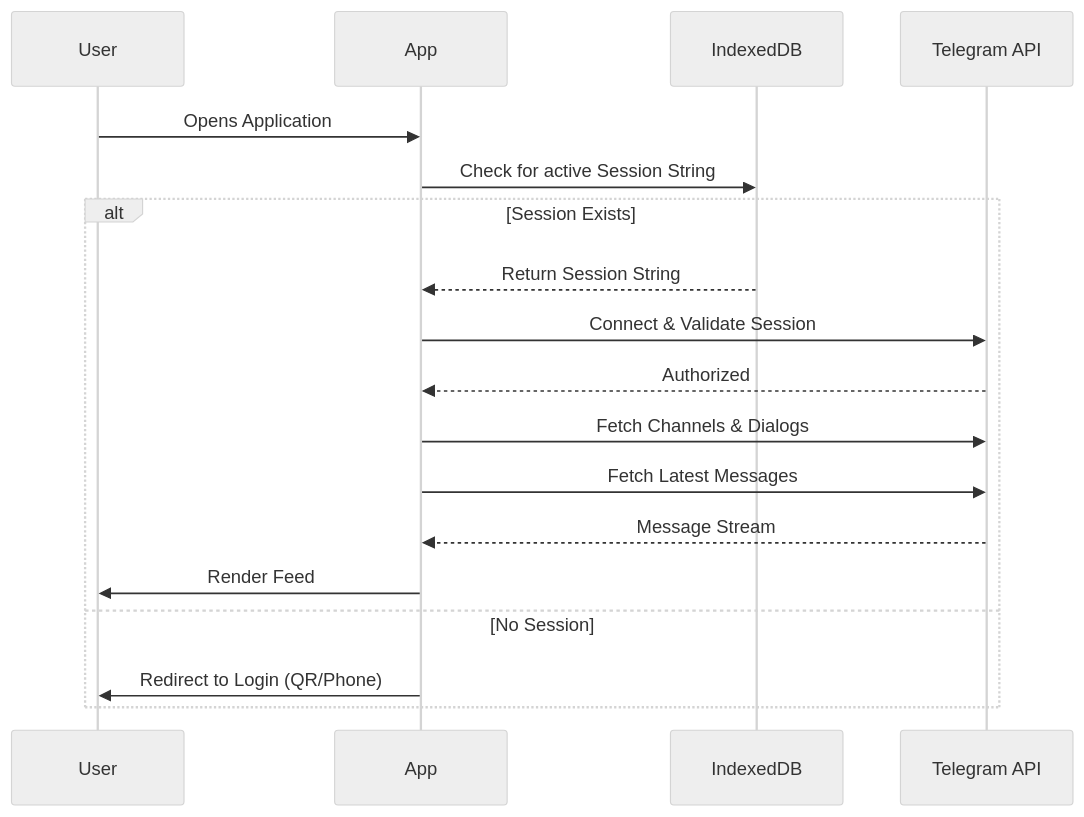
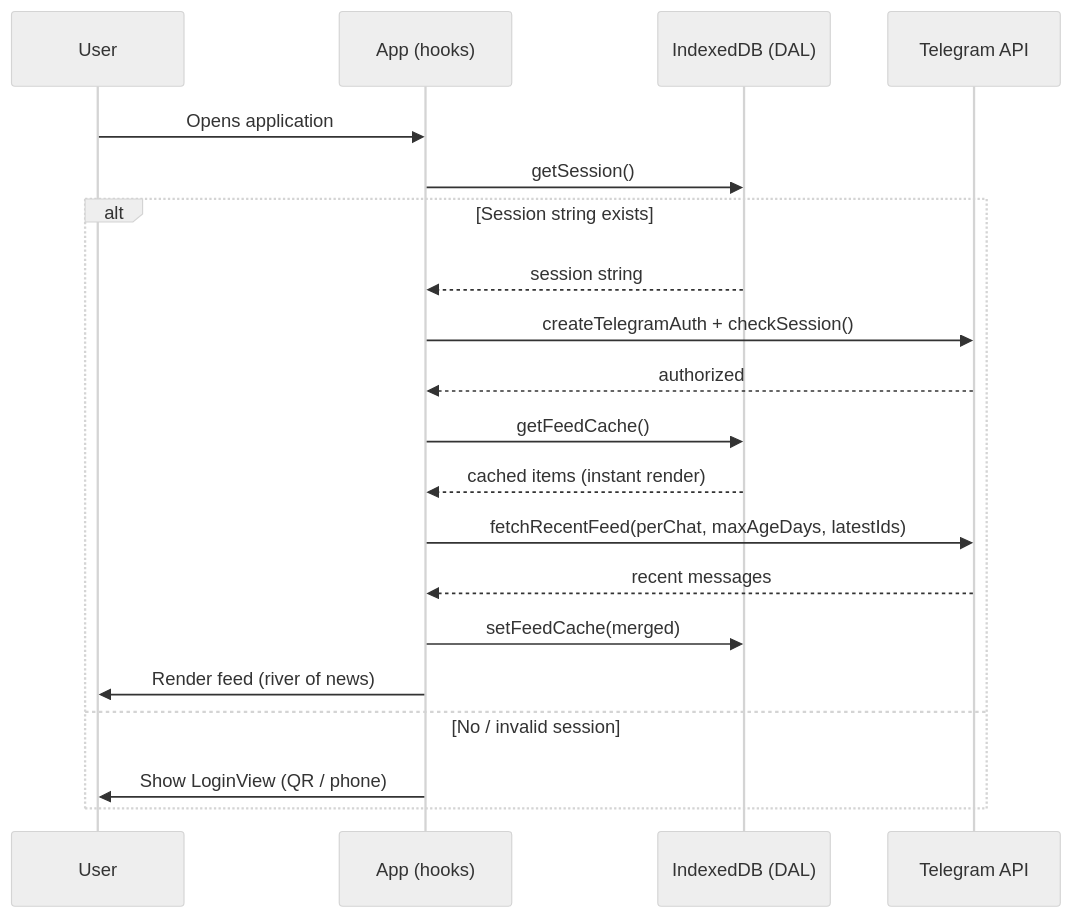
Before and after one commit to d-mv/telegram-feed-v2: the third of 4 diagrams in docs/ARCHITECTURE.md, drawn with Mermaid (neutral theme). The commit also changed other lines of this file and 2 other files, not shown here.

````diff
--- a/docs/ARCHITECTURE.md
+++ b/docs/ARCHITECTURE.md
@@ -79,21 +114,23 @@
 ```mermaid
 sequenceDiagram
     participant User
-    participant App
-    participant DAL as IndexedDB
+    participant App as App (hooks)
+    participant DAL as IndexedDB (DAL)
     participant TG as Telegram API
 
-    User->>App: Opens Application
-    App->>DAL: Check for active Session String
-    alt Session Exists
-        DAL-->>App: Return Session String
-        App->>TG: Connect & Validate Session
-        TG-->>App: Authorized
-        App->>TG: Fetch Channels & Dialogs
-        App->>TG: Fetch Latest Messages
-        TG-->>App: Message Stream
-        App->>User: Render Feed
-    else No Session
-        App->>User: Redirect to Login (QR/Phone)
+    User->>App: Opens application
+    App->>DAL: getSession()
+    alt Session string exists
+        DAL-->>App: session string
+        App->>TG: createTelegramAuth + checkSession()
+        TG-->>App: authorized
+        App->>DAL: getFeedCache()
+        DAL-->>App: cached items (instant render)
+        App->>TG: fetchRecentFeed(perChat, maxAgeDays, latestIds)
+        TG-->>App: recent messages
+        App->>DAL: setFeedCache(merged)
+        App->>User: Render feed (river of news)
+    else No / invalid session
+        App->>User: Show LoginView (QR / phone)
     end
 ```
````
